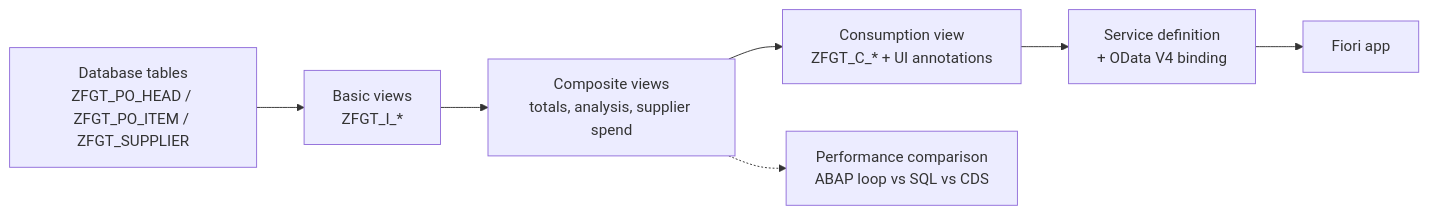
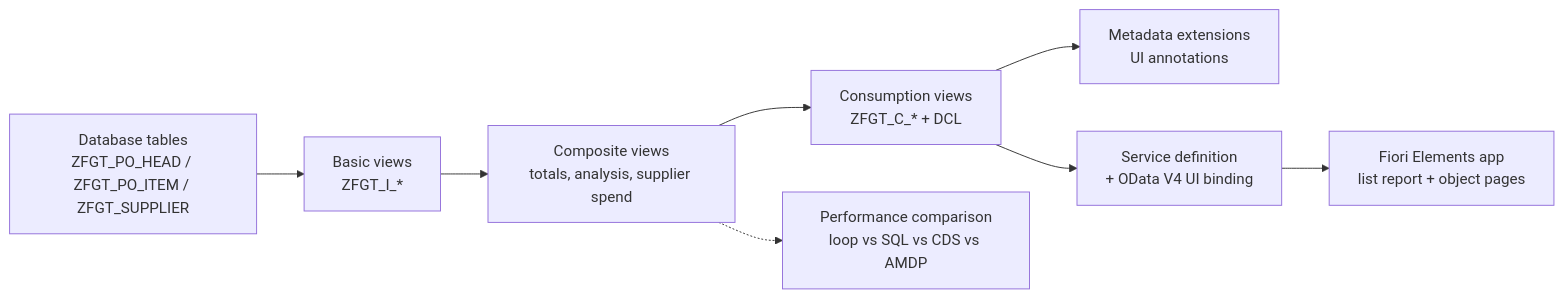
The diagram in README.md (felipegtrujillo/sap-purchase-analytics), drawn with Mermaid before and after one commit. The commit also changed other lines of this file, not shown here.

````diff
--- a/README.md
+++ b/README.md
@@ -17,9 +19,10 @@
 ```mermaid
 flowchart LR
     T["Database tables<br/>ZFGT_PO_HEAD / ZFGT_PO_ITEM / ZFGT_SUPPLIER"] --> I["Basic views<br/>ZFGT_I_*"]
     I --> CO["Composite views<br/>totals, analysis, supplier spend"]
-    CO --> CV["Consumption view<br/>ZFGT_C_* + UI annotations"]
-    CV --> S["Service definition<br/>+ OData V4 binding"]
-    S --> APP["Fiori app"]
-    CO -.-> P["Performance comparison<br/>ABAP loop vs SQL vs CDS"]
+    CO --> CV["Consumption views<br/>ZFGT_C_* + DCL"]
+    CV --> MDE["Metadata extensions<br/>UI annotations"]
+    CV --> S["Service definition<br/>+ OData V4 UI binding"]
+    S --> APP["Fiori Elements app<br/>list report + object pages"]
+    CO -.-> P["Performance comparison<br/>loop vs SQL vs CDS vs AMDP"]
 ```
````
